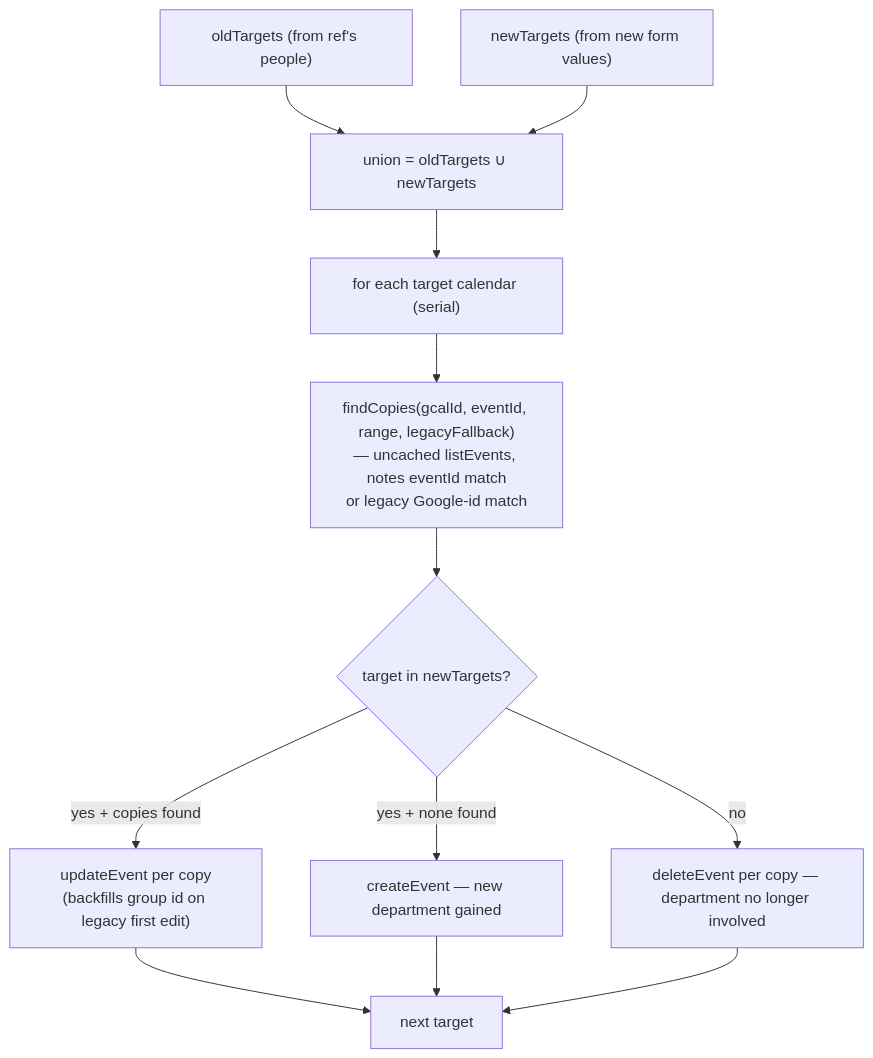
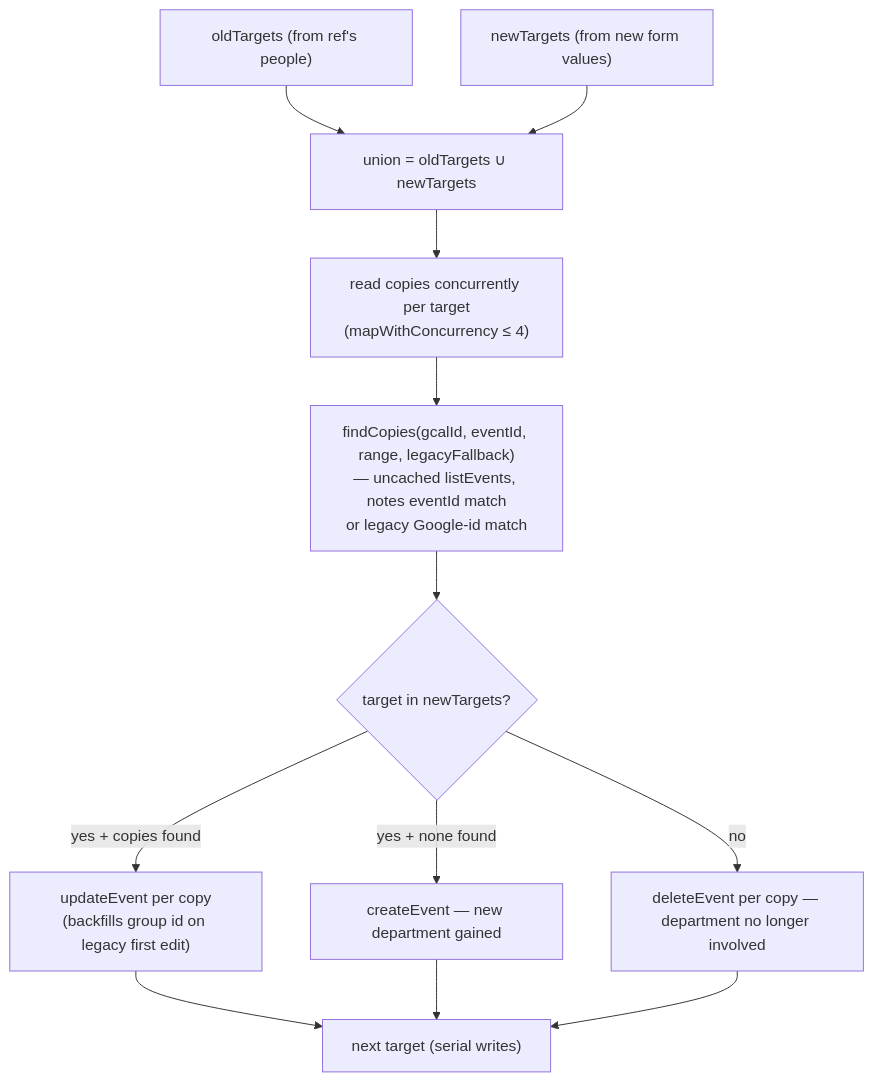
The third of 3 diagrams in docs/event-mutations.md (oncloudnintynineone-source/cloudy2), drawn with Mermaid before and after one commit. The commit also changed other lines of this file and 22 other files, not shown here.

Commit message:
docs: sync mermaid diagrams with current code, fix diagram syntax errors

````diff
--- a/docs/event-mutations.md
+++ b/docs/event-mutations.md
@@ -162,14 +162,14 @@
 ```mermaid
 flowchart TB
  O["oldTargets (from ref's people)"] --> U["union = oldTargets ∪ newTargets"]
  N["newTargets (from new form values)"] --> U
- U --> L["for each target calendar (serial)"]
+ U --> L["read copies concurrently per target<br/>(mapWithConcurrency ≤ 4)"]
  L --> F["findCopies(gcalId, eventId, range, legacyFallback)<br/>— uncached listEvents, notes eventId match<br/>or legacy Google-id match"]
  F --> IN{target in newTargets?}
  IN -- yes + copies found --> UP["updateEvent per copy<br/>(backfills group id on legacy first edit)"]
  IN -- yes + none found --> CR["createEvent — new department gained"]
  IN -- no --> DE["deleteEvent per copy — department no longer involved"]
- UP --> NEXT["next target"]
+ UP --> NEXT["next target (serial writes)"]
  CR --> NEXT
  DE --> NEXT
 ```
````
